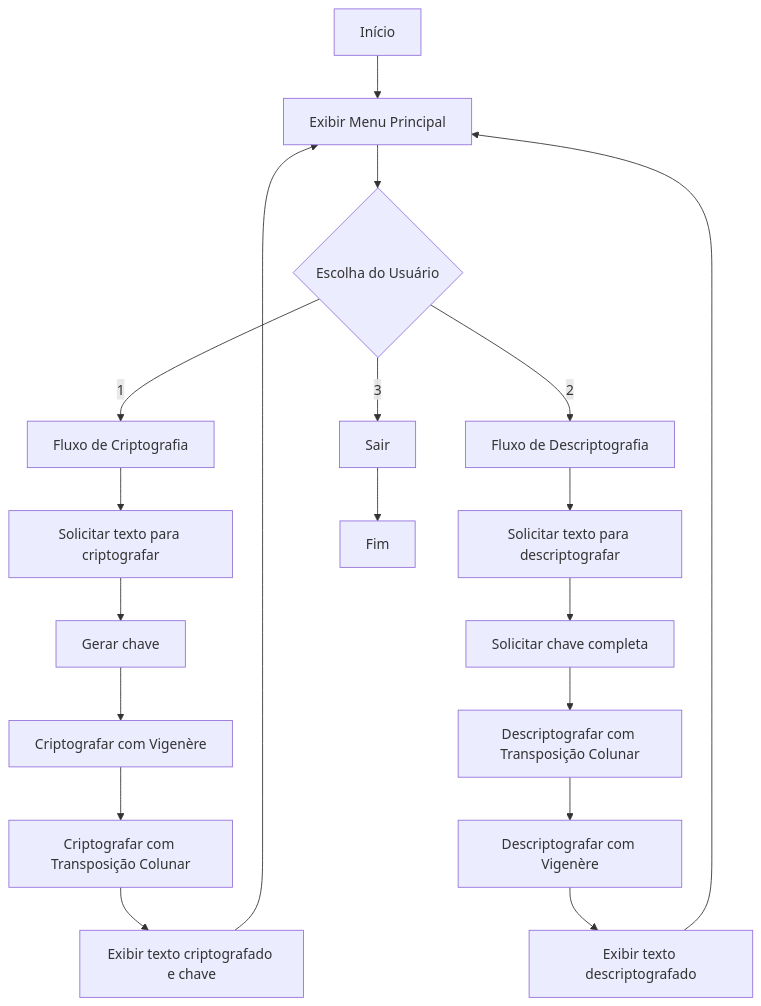
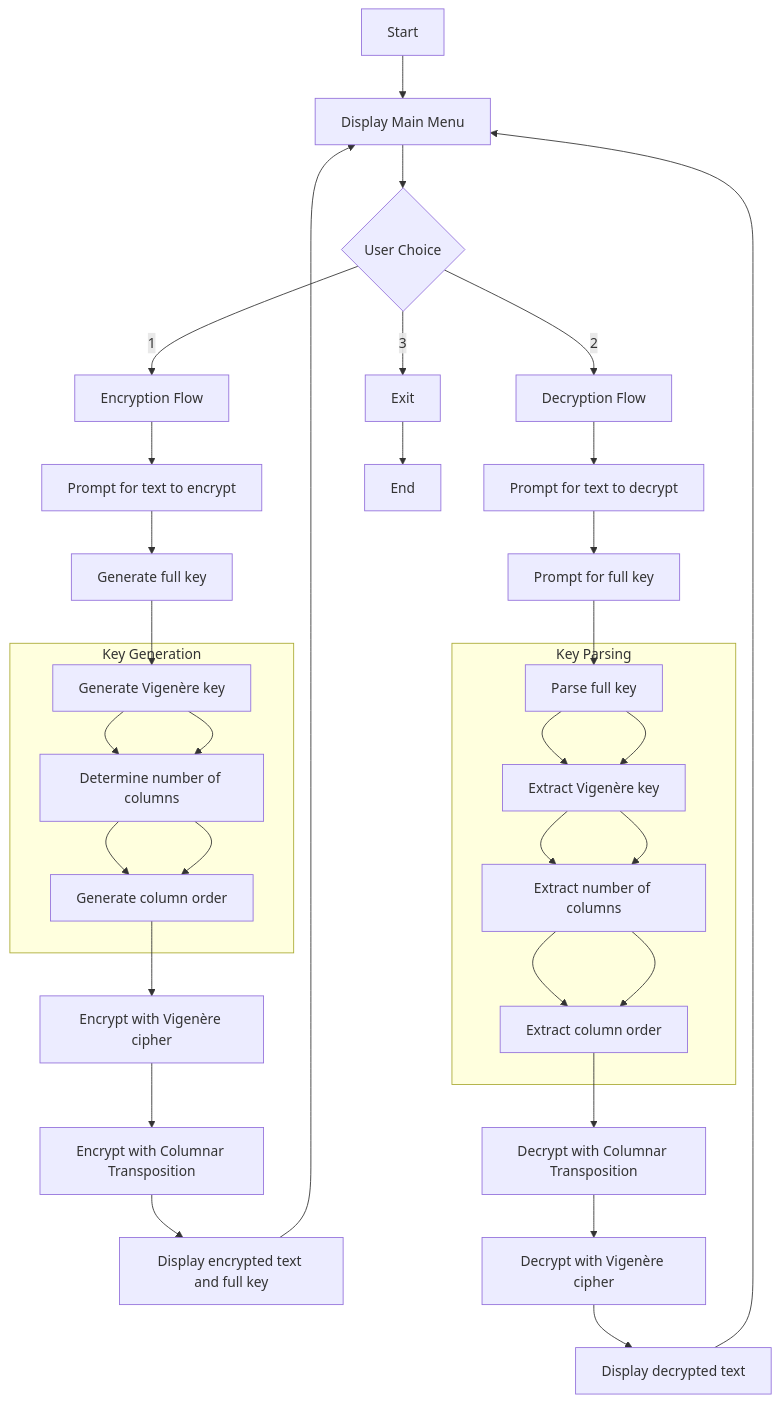
Before and after one commit to natybastosp/facudade: the diagram in criptografia/fluxo.mermaid, drawn with Mermaid.

Commit message:
Refatora fluxo de criptografia

```diff
--- a/criptografia/fluxo.mermaid
+++ b/criptografia/fluxo.mermaid
@@ -1,22 +1,37 @@
 graph TD
-    A[Início] --> B[Exibir Menu Principal]
-    B --> C{Escolha do Usuário}
-    C -->|1| D[Fluxo de Criptografia]
-    C -->|2| E[Fluxo de Descriptografia]
-    C -->|3| F[Sair]
+    A[Start] --> B[Display Main Menu]
+    B --> C{User Choice}
+    C -->|1| D[Encryption Flow]
+    C -->|2| E[Decryption Flow]
+    C -->|3| F[Exit]
 
-    D --> G[Solicitar texto para criptografar]
-    G --> H[Gerar chave]
-    H --> I[Criptografar com Vigenère]
-    I --> J[Criptografar com Transposição Colunar]
-    J --> K[Exibir texto criptografado e chave]
+    D --> G[Prompt for text to encrypt]
+    G --> H[Generate full key]
+    H --> H1[Generate Vigenère key]
+    H1 --> H2[Determine number of columns]
+    H2 --> H3[Generate column order]
+    H3 --> I[Encrypt with Vigenère cipher]
+    I --> J[Encrypt with Columnar Transposition]
+    J --> K[Display encrypted text and full key]
     K --> B
 
-    E --> L[Solicitar texto para descriptografar]
-    L --> M[Solicitar chave completa]
-    M --> N[Descriptografar com Transposição Colunar]
-    N --> O[Descriptografar com Vigenère]
-    O --> P[Exibir texto descriptografado]
+    E --> L[Prompt for text to decrypt]
+    L --> M[Prompt for full key]
+    M --> M1[Parse full key]
+    M1 --> M2[Extract Vigenère key]
+    M2 --> M3[Extract number of columns]
+    M3 --> M4[Extract column order]
+    M4 --> N[Decrypt with Columnar Transposition]
+    N --> O[Decrypt with Vigenère cipher]
+    O --> P[Display decrypted text]
     P --> B
 
-    F --> Q[Fim]
+    F --> Q[End]
+
+    subgraph "Key Generation"
+    H1 --> H2 --> H3
+    end
+
+    subgraph "Key Parsing"
+    M1 --> M2 --> M3 --> M4
+    end
```
